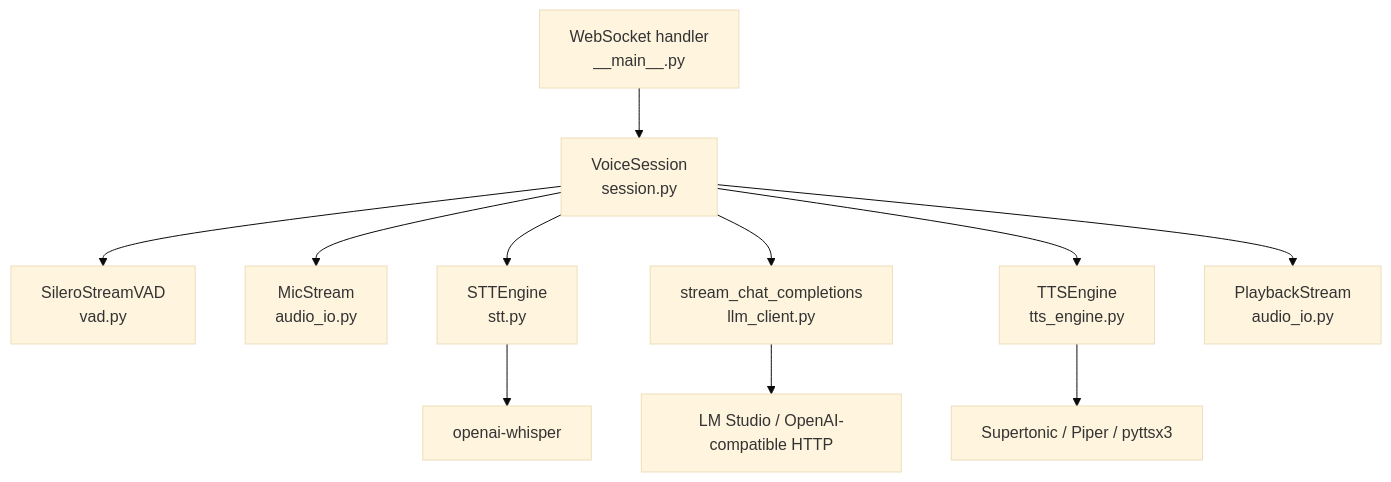
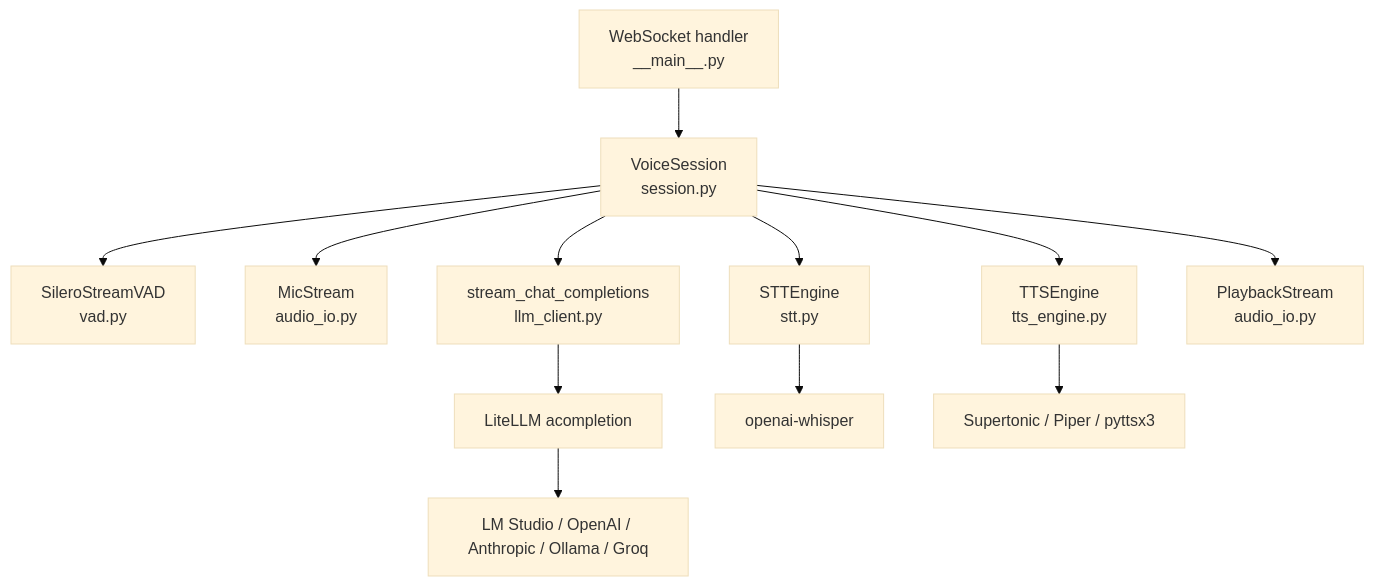
The diagram in backend/README.md (Lohit-Behera/vadana), drawn with Mermaid (base theme) before and after one commit. The commit also changed other lines of this file and 59 other files, not shown here.

````diff
--- a/backend/README.md
+++ b/backend/README.md
@@ -44,15 +44,16 @@
 ```mermaid
 flowchart TB
   WS[WebSocket handler\n__main__.py]
   VS[VoiceSession\nsession.py]
   WS --> VS
   VS --> VAD[SileroStreamVAD\nvad.py]
   VS --> MIC[MicStream\naudio_io.py]
   VS --> STT[STTEngine\nstt.py]
   VS --> LLM[stream_chat_completions\nllm_client.py]
   VS --> TTS[TTSEngine\ntts_engine.py]
   VS --> PLAY[PlaybackStream\naudio_io.py]
-  LLM --> LM[LM Studio / OpenAI-compatible HTTP]
+  LLM --> LITELLM[LiteLLM acompletion]
+  LITELLM --> LM[LM Studio / OpenAI / Anthropic / Ollama / Groq]
   STT --> WHISPER[openai-whisper]
   TTS --> ST[Supertonic / Piper / pyttsx3]
 ```
````
